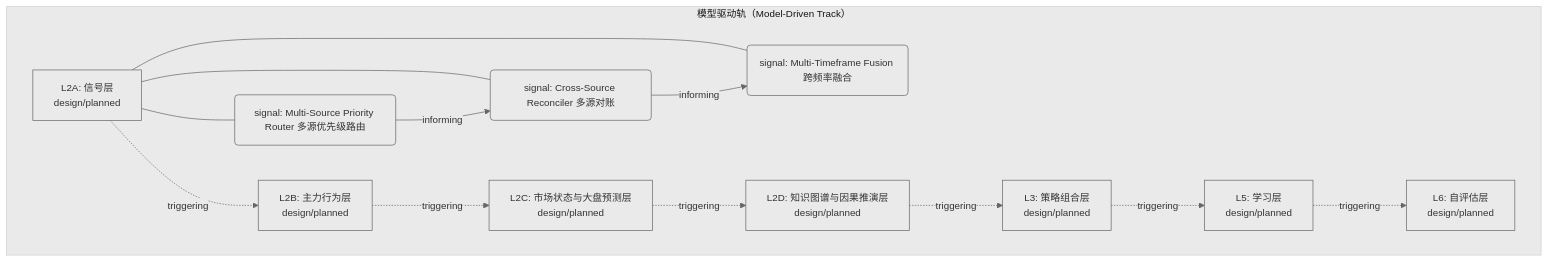
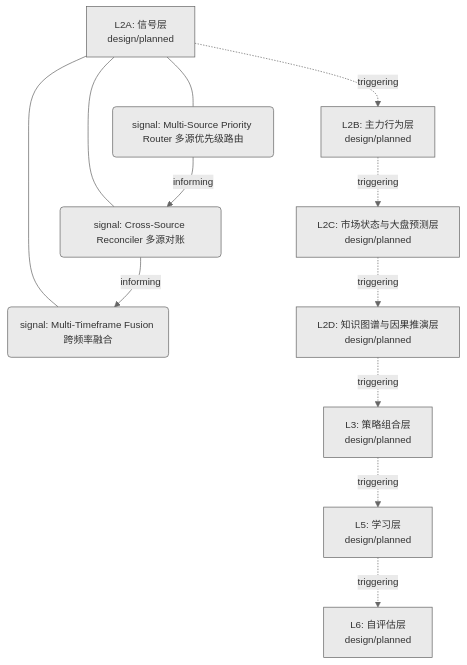
Before and after one commit to xuanFelixVan/ZephyrAlpha: the first of 2 diagrams in docs/02_enterprise_architecture/06_decision_architecture/06_decision_l2a_data.md, drawn with Mermaid. The commit also changed other lines of this file and 20 other files, not shown here.

First line of the commit message:
fix(decision-diagram): _gen_overview_mmd 去掉 subgraph 修复节点白色+高度问题

````diff
--- a/docs/02_enterprise_architecture/06_decision_architecture/06_decision_l2a_data.md
+++ b/docs/02_enterprise_architecture/06_decision_architecture/06_decision_l2a_data.md
@@ -21,27 +21,25 @@
 ```mermaid
 %%{init: {'theme': 'base', 'themeVariables': {'primaryColor': '#eaeaea', 'primaryTextColor': '#333333', 'primaryBorderColor': '#666666', 'lineColor': '#666666', 'secondaryColor': '#eaeaea', 'tertiaryColor': '#eaeaea', 'fontSize': '14px'}}}%%
 flowchart TD
-    subgraph track_model_driven["模型驱动轨（Model-Driven Track）"]
-        LL2A["L2A: 信号层<br/>design/planned"]
-        N192("signal: Multi-Source Priority Router 多源优先级路由")
-        LL2A --- N192
-        N193("signal: Cross-Source Reconciler 多源对账")
-        LL2A --- N193
-        N194("signal: Multi-Timeframe Fusion 跨频率融合")
-        LL2A --- N194
-        LL2B["L2B: 主力行为层<br/>design/planned"]
-        LL2C["L2C: 市场状态与大盘预测层<br/>design/planned"]
-        LL2D["L2D: 知识图谱与因果推演层<br/>design/planned"]
-        LL3["L3: 策略组合层<br/>design/planned"]
-        LL5["L5: 学习层<br/>design/planned"]
-        LL6["L6: 自评估层<br/>design/planned"]
-    end
+    LL2A["L2A: 信号层<br/>design/planned"]
+    N192("signal: Multi-Source Priority Router 多源优先级路由")
+    LL2A --- N192
+    N193("signal: Cross-Source Reconciler 多源对账")
+    LL2A --- N193
+    N194("signal: Multi-Timeframe Fusion 跨频率融合")
+    LL2A --- N194
+    LL2B["L2B: 主力行为层<br/>design/planned"]
+    LL2C["L2C: 市场状态与大盘预测层<br/>design/planned"]
+    LL2D["L2D: 知识图谱与因果推演层<br/>design/planned"]
+    LL3["L3: 策略组合层<br/>design/planned"]
+    LL5["L5: 学习层<br/>design/planned"]
+    LL6["L6: 自评估层<br/>design/planned"]
     LL2A -.->|triggering| LL2B
     LL2B -.->|triggering| LL2C
     LL2C -.->|triggering| LL2D
     LL2D -.->|triggering| LL3
     LL3 -.->|triggering| LL5
     LL5 -.->|triggering| LL6
     N192 -->|informing| N193
     N193 -->|informing| N194
 ```
````
